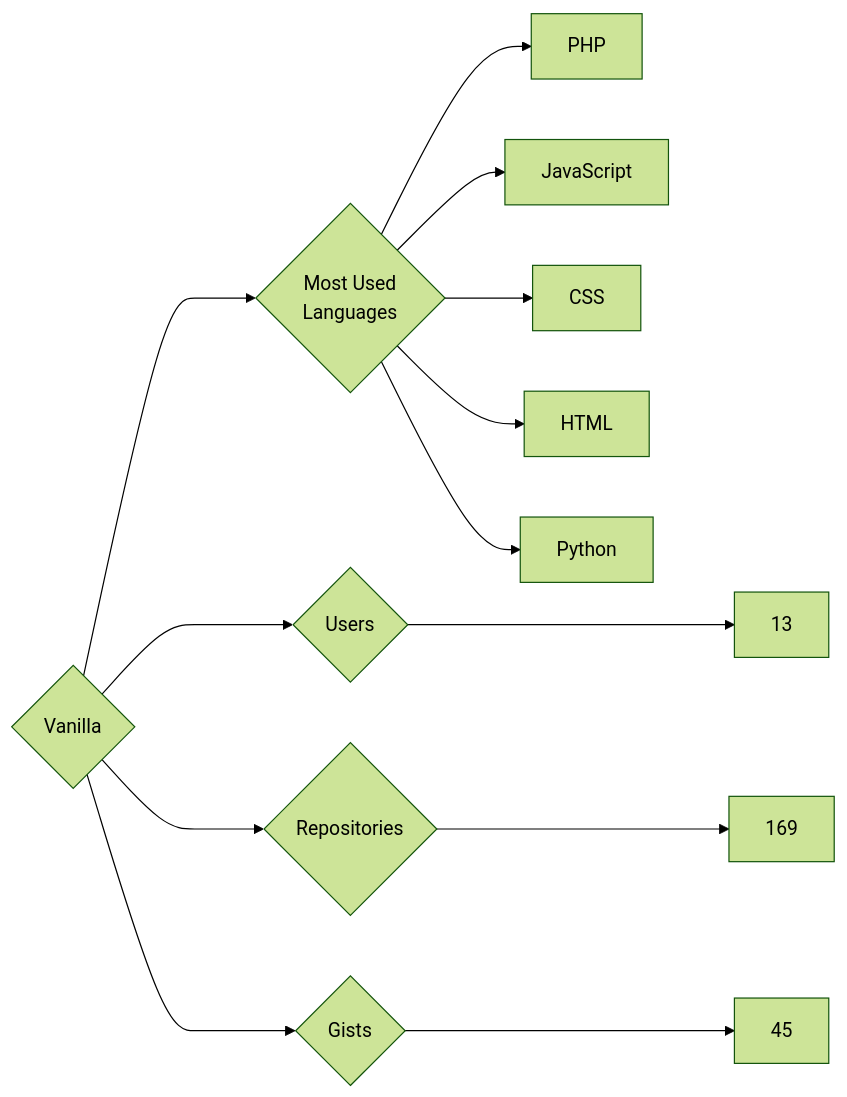
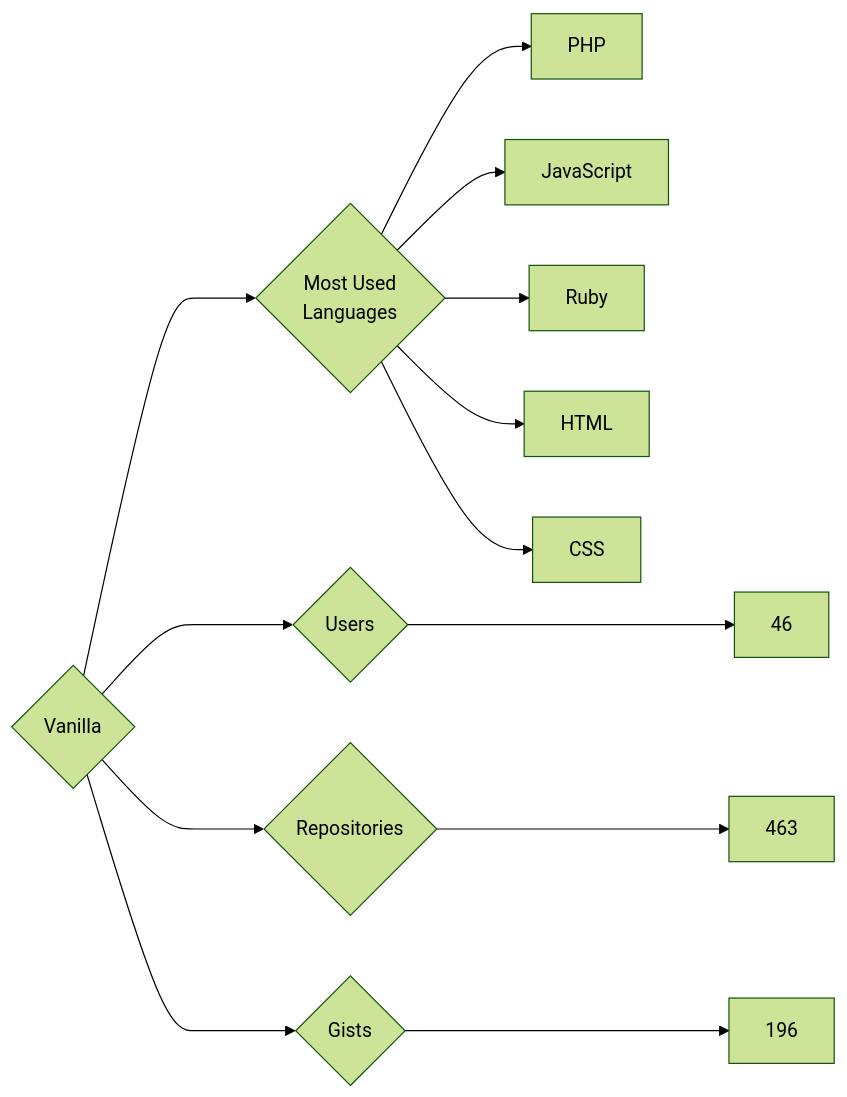
Before and after one commit to trickest/insiders: the diagram in targets/Vanilla/README.md, drawn with Mermaid (forest theme). The commit also changed 928 other files, not shown here.

````diff
--- a/targets/Vanilla/README.md
+++ b/targets/Vanilla/README.md
@@ -3,13 +3,13 @@
 ```mermaid
 graph LR
 COMPANY_NAME{Vanilla}
-COMPANY_NAME ---> U{Users} ---> UN[13]
-COMPANY_NAME ---> R{Repositories} ---> RN[169]
-COMPANY_NAME ---> G{Gists} ---> GN[45]
+COMPANY_NAME ---> U{Users} ---> UN[46]
+COMPANY_NAME ---> R{Repositories} ---> RN[463]
+COMPANY_NAME ---> G{Gists} ---> GN[196]
 COMPANY_NAME ---> ML{Most Used<br>Languages}
 ML --> PHP[PHP]
 ML --> JavaScript[JavaScript]
+ML --> Ruby[Ruby]
+ML --> HTML[HTML]
 ML --> CSS[CSS]
-ML --> HTML[HTML]
-ML --> Python[Python]
 ```
````
